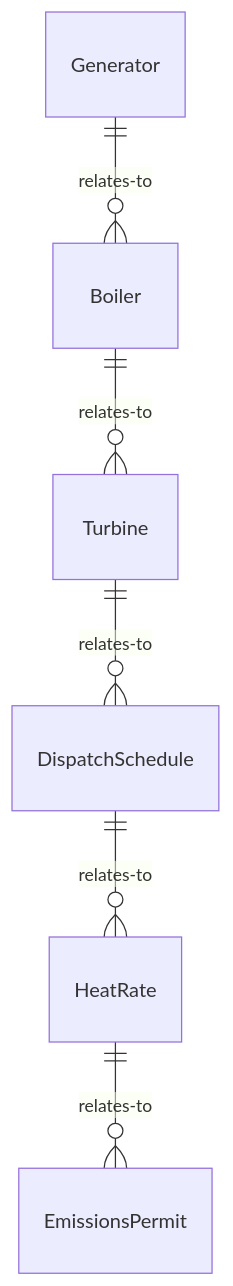
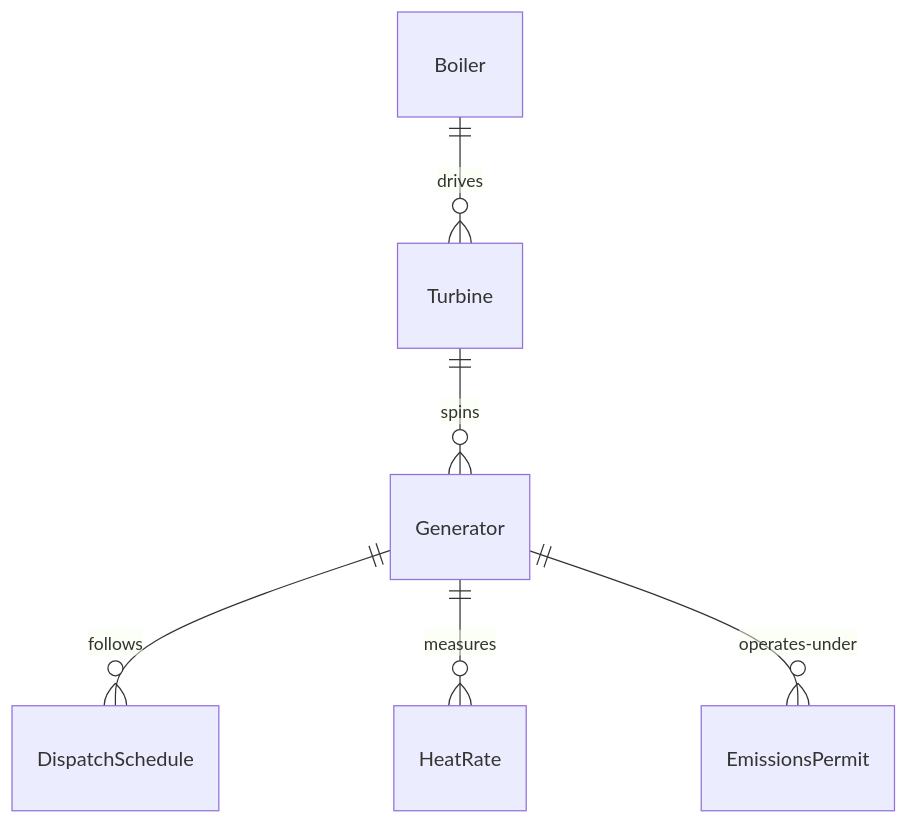
Before and after one commit to dot-org-ai/tasks.org.ai: the first of 4 diagrams in ControllingMachinesAndProcesses/OperateEnergyProductionOrDistributionEquipment/OperateEnergyProductionEquipment.mdx, drawn with Mermaid. The commit also changed other lines of this file and 515 other files, not shown here.

````diff
--- a/ControllingMachinesAndProcesses/OperateEnergyProductionOrDistributionEquipment/OperateEnergyProductionEquipment.mdx
+++ b/ControllingMachinesAndProcesses/OperateEnergyProductionOrDistributionEquipment/OperateEnergyProductionEquipment.mdx
@@ -87,8 +87,8 @@
 ```mermaid
 erDiagram
-    Generator ||--o{ Boiler : relates-to
-    Boiler ||--o{ Turbine : relates-to
-    Turbine ||--o{ DispatchSchedule : relates-to
-    DispatchSchedule ||--o{ HeatRate : relates-to
-    HeatRate ||--o{ EmissionsPermit : relates-to
+    Boiler ||--o{ Turbine : drives
+    Turbine ||--o{ Generator : spins
+    Generator ||--o{ DispatchSchedule : follows
+    Generator ||--o{ HeatRate : measures
+    Generator ||--o{ EmissionsPermit : operates-under
 ```
````
